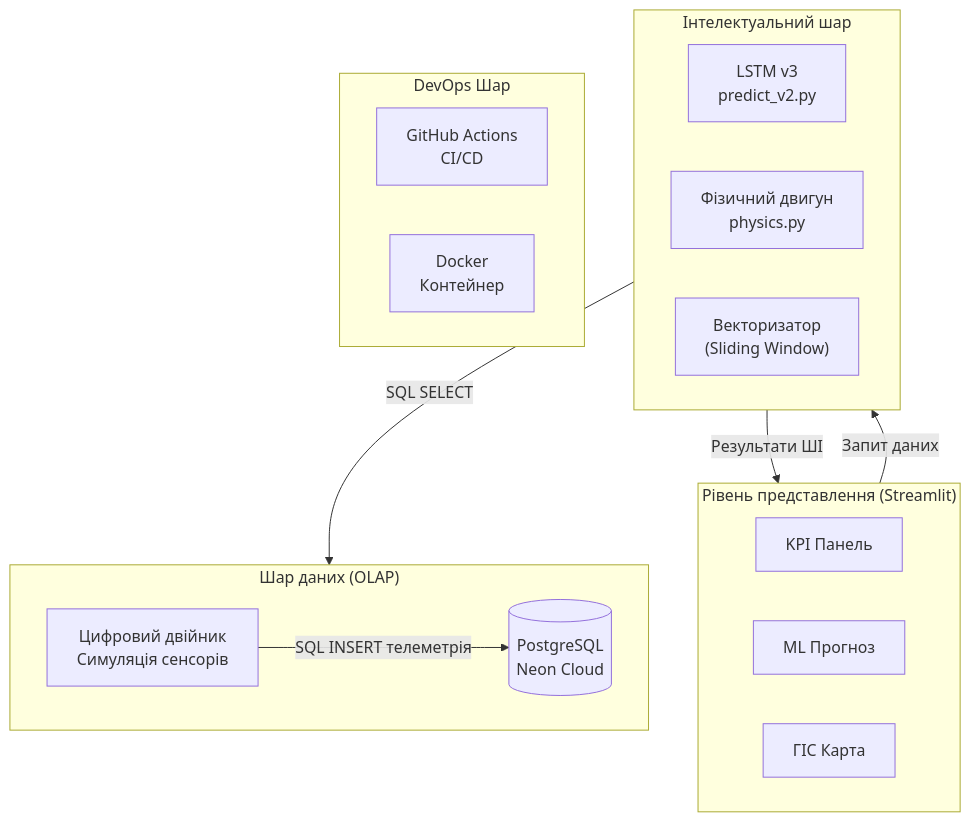
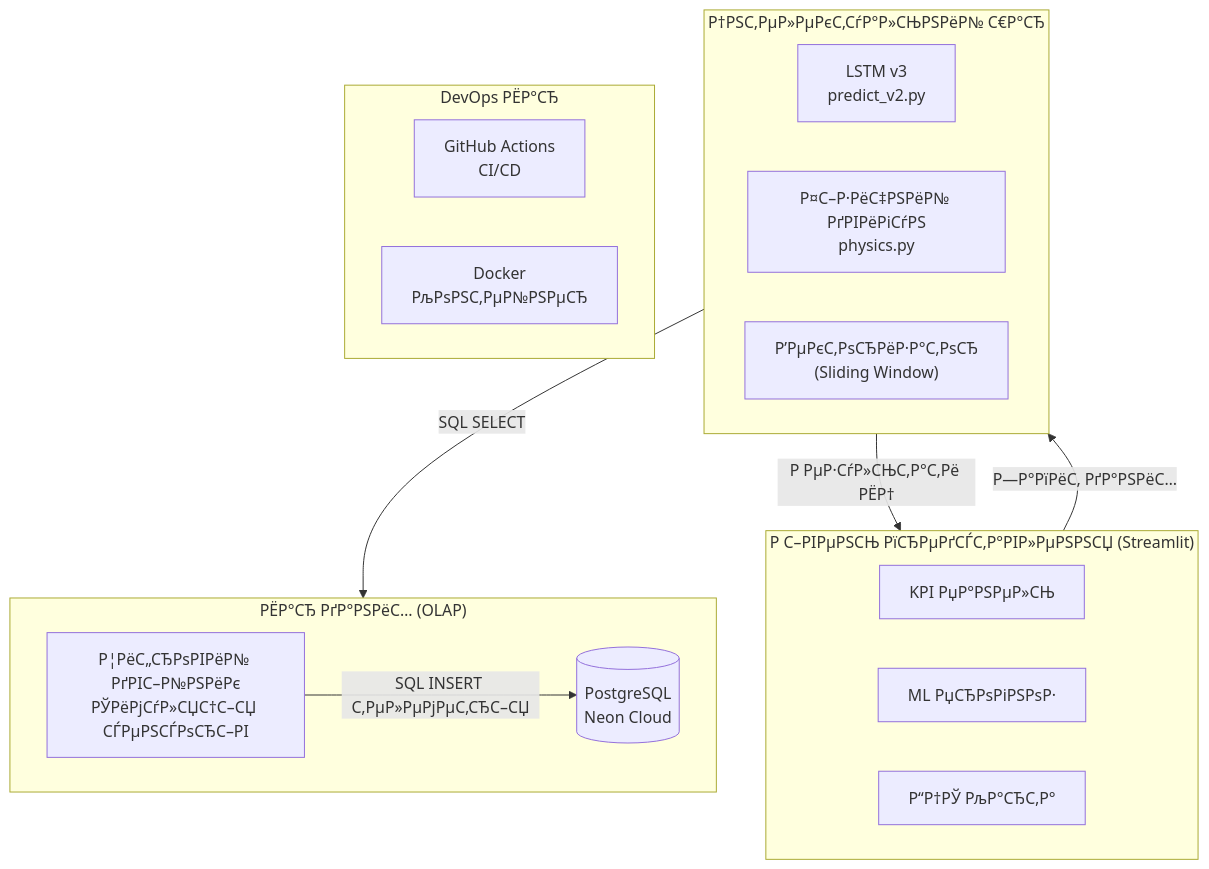
One commit to Lutvunenko-Dmutro/EnergyMonitor-OLAP changed the first of 4 diagrams in docs/thesis/THESIS_3_DESIGN_AND_IMPLEMENTATION_EXPANDED.md. Above: the diagram before and after it, drawn with Mermaid. The commit also changed other lines of this file and 4 other files, not shown here.

````diff
--- a/docs/thesis/THESIS_3_DESIGN_AND_IMPLEMENTATION_EXPANDED.md
+++ b/docs/thesis/THESIS_3_DESIGN_AND_IMPLEMENTATION_EXPANDED.md
@@ -8,33 +8,33 @@
 ```mermaid
 graph TB
-    subgraph UI["Рівень представлення (Streamlit)"]
+    subgraph UI["Р С–РІРµРЅСЊ РїСЂРµРґСЃС‚Р°РІР»РµРЅРЅСЏ (Streamlit)"]
         direction LR
-        A1["KPI Панель"]
-        A2["ML Прогноз"]
-        A3["ГІС Карта"]
+        A1["KPI РџР°РЅРµР»СЊ"]
+        A2["ML РџСЂРѕРіРЅРѕР·"]
+        A3["Р“Р†РЎ РљР°СЂС‚Р°"]
     end
 
-    subgraph CORE["Інтелектуальний шар"]
+    subgraph CORE["Р†РЅС‚РµР»РµРєС‚СѓР°Р»СЊРЅРёР№ С€Р°СЂ"]
         direction LR
         B1["LSTM v3\npredict_v2.py"]
-        B3["Фізичний двигун\nphysics.py"]
-        B4["Векторизатор\n(Sliding Window)"]
+        B3["Р¤С–Р·РёС‡РЅРёР№ РґРІРёРіСѓРЅ\nphysics.py"]
+        B4["Р’РµРєС‚РѕСЂРёР·Р°С‚РѕСЂ\n(Sliding Window)"]
     end
 
-    subgraph DATA["Шар даних (OLAP)"]
+    subgraph DATA["РЁР°СЂ РґР°РЅРёС… (OLAP)"]
         direction LR
         C1[("PostgreSQL\nNeon Cloud")]
-        C3["Цифровий двійник\nСимуляція сенсорів"]
+        C3["Р¦РёС„СЂРѕРІРёР№ РґРІС–Р№РЅРёРє\nРЎРёРјСѓР»СЏС†С–СЏ СЃРµРЅСЃРѕСЂС–РІ"]
     end
 
-    subgraph DEVOPS["DevOps Шар"]
+    subgraph DEVOPS["DevOps РЁР°СЂ"]
         direction LR
         D1["GitHub Actions\nCI/CD"]
-        D2["Docker\nКонтейнер"]
+        D2["Docker\nРљРѕРЅС‚РµР№РЅРµСЂ"]
     end
 
-    UI -->|"Запит даних"| CORE
+    UI -->|"Р—Р°РїРёС‚ РґР°РЅРёС…"| CORE
     CORE -->|"SQL SELECT"| DATA
-    C3 -->|"SQL INSERT телеметрія"| C1
-    B1 -->|"Результати ШІ"| UI
+    C3 -->|"SQL INSERT С‚РµР»РµРјРµС‚СЂС–СЏ"| C1
+    B1 -->|"Р РµР·СѓР»СЊС‚Р°С‚Рё РЁР†"| UI
 ```
````
